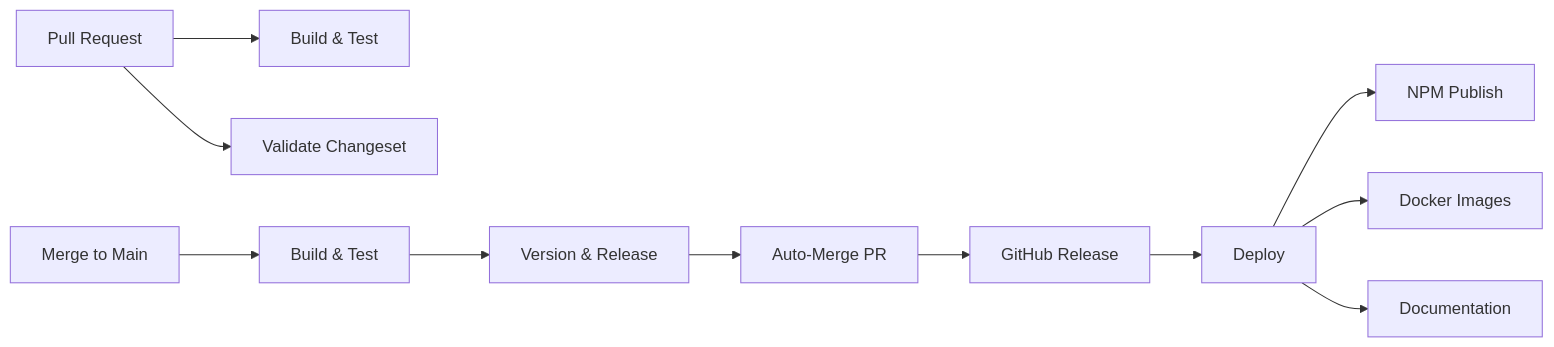
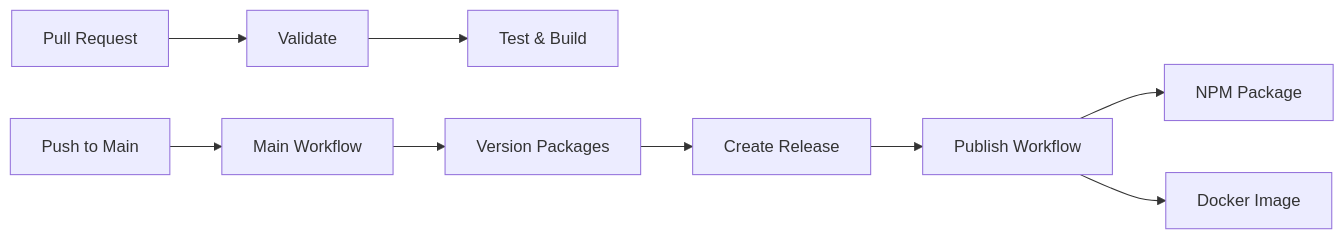
Before and after one commit to sapientpants/agentic-node-ts-starter: the diagram in .github/WORKFLOWS.md, drawn with Mermaid. The commit also changed other lines of this file and 2 other files, not shown here.

Commit message:
fix: use RELEASE_TOKEN to trigger publish workflow from releases (#48)

````diff
--- a/.github/WORKFLOWS.md
+++ b/.github/WORKFLOWS.md
@@ -7,14 +7,12 @@
 ```mermaid
 graph LR
-    PR[Pull Request] --> BUILD[Build & Test]
-    PR --> VALIDATE[Validate Changeset]
+    PR[Pull Request] --> VALIDATE[Validate]
+    VALIDATE --> TEST[Test & Build]
 
-    MERGE[Merge to Main] --> BUILD2[Build & Test]
-    BUILD2 --> VERSION[Version & Release]
-    VERSION --> AUTOMERGE[Auto-Merge PR]
-    AUTOMERGE --> RELEASE[GitHub Release]
-    RELEASE --> DEPLOY[Deploy]
-    DEPLOY --> NPM[NPM Publish]
-    DEPLOY --> DOCKER[Docker Images]
-    DEPLOY --> DOCS[Documentation]
+    PUSH[Push to Main] --> MAIN[Main Workflow]
+    MAIN --> VERSION[Version Packages]
+    VERSION --> RELEASE[Create Release]
+    RELEASE --> PUBLISH[Publish Workflow]
+    PUBLISH --> NPM[NPM Package]
+    PUBLISH --> DOCKER[Docker Image]
 ```
````
